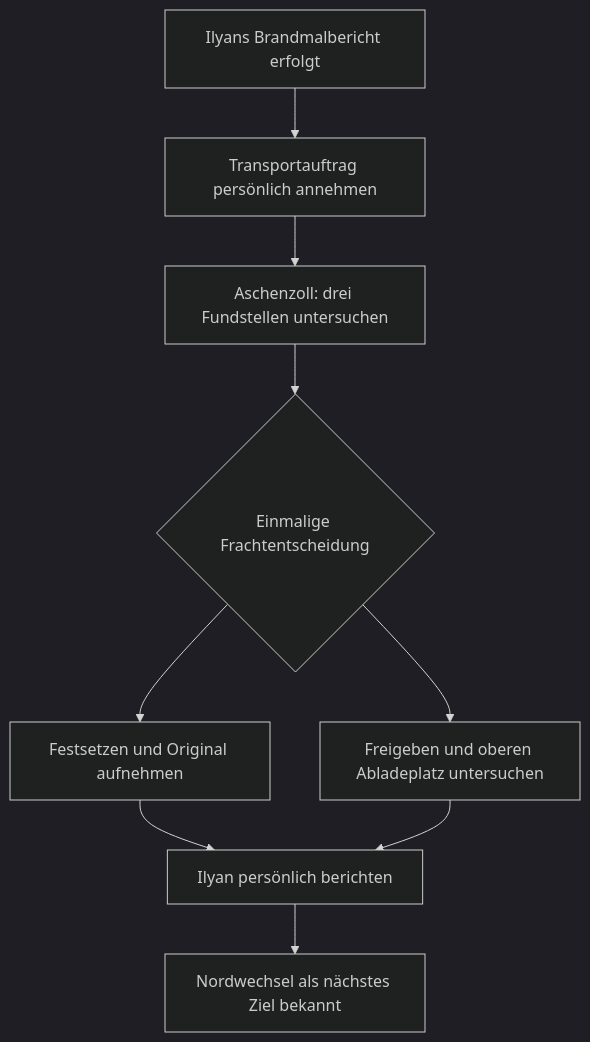
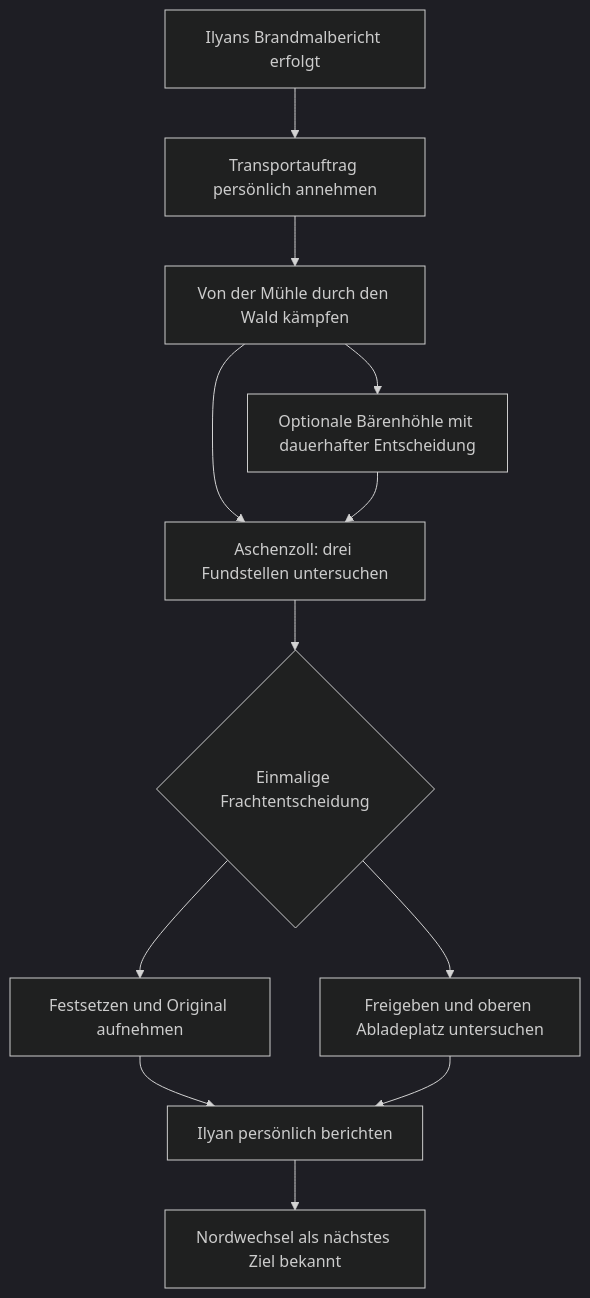
One commit to OuroborosCollective/ARPG-ARE-D4SC-LOGIC changed the diagram in docs/ASCHENZOLL.md. Above: the diagram before and after it, drawn with Mermaid (dark theme). The commit also changed other lines of this file and 2 other files, not shown here.

````diff
--- a/docs/ASCHENZOLL.md
+++ b/docs/ASCHENZOLL.md
@@ -103,11 +114,14 @@
 ```mermaid
 flowchart TD
     A[Ilyans Brandmalbericht erfolgt] --> B[Transportauftrag persönlich annehmen]
-    B --> C[Aschenzoll: drei Fundstellen untersuchen]
+    B --> W[Von der Mühle durch den Wald kämpfen]
+    W --> Q[Optionale Bärenhöhle mit dauerhafter Entscheidung]
+    W --> C[Aschenzoll: drei Fundstellen untersuchen]
+    Q --> C
     C --> D{Einmalige Frachtentscheidung}
     D --> E[Festsetzen und Original aufnehmen]
     D --> F[Freigeben und oberen Abladeplatz untersuchen]
     E --> G[Ilyan persönlich berichten]
     F --> G
     G --> H[Nordwechsel als nächstes Ziel bekannt]
 ```
````
